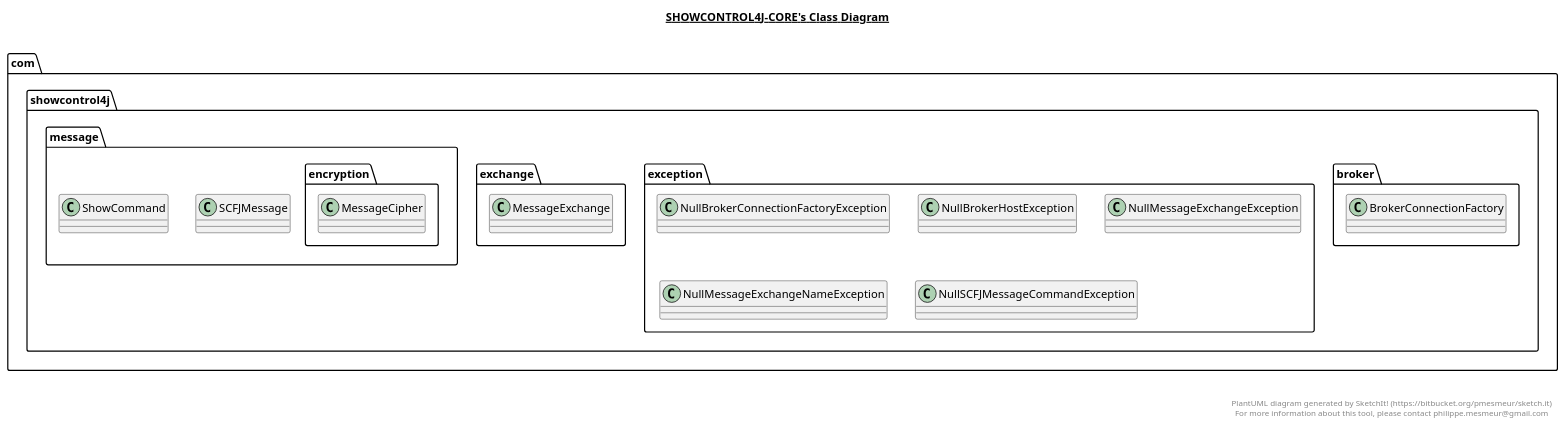
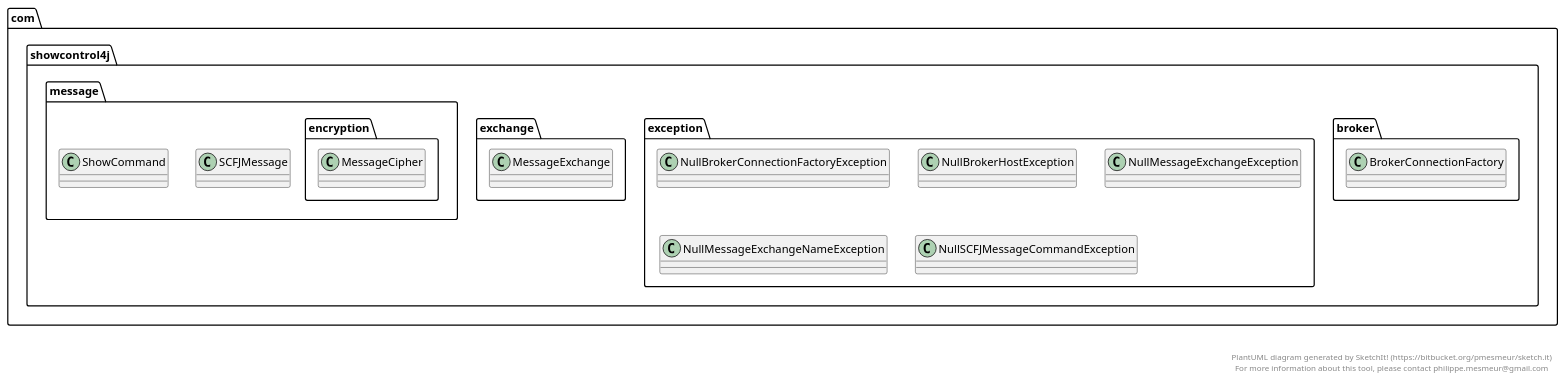
One commit to JamesHare/ShowControl4J changed the diagram in showcontrol4j-core/showcontrol4j-core.plantuml. Above: the diagram before and after it, drawn with PlantUML. The commit also changed 5 other files, not shown here.

```diff
--- a/showcontrol4j-core/showcontrol4j-core.plantuml
+++ b/showcontrol4j-core/showcontrol4j-core.plantuml
@@ -1,76 +1,74 @@
 @startuml
-
-title __SHOWCONTROL4J-CORE's Class Diagram__\n
 
   namespace com.showcontrol4j.broker {
     class com.showcontrol4j.broker.BrokerConnectionFactory {
     }
   }
   
 
   namespace com.showcontrol4j.exception {
     class com.showcontrol4j.exception.NullBrokerConnectionFactoryException {
     }
   }
   
 
   namespace com.showcontrol4j.exception {
     class com.showcontrol4j.exception.NullBrokerHostException {
     }
   }
   
 
   namespace com.showcontrol4j.exception {
     class com.showcontrol4j.exception.NullMessageExchangeException {
     }
   }
   
 
   namespace com.showcontrol4j.exception {
     class com.showcontrol4j.exception.NullMessageExchangeNameException {
     }
   }
   
 
   namespace com.showcontrol4j.exception {
     class com.showcontrol4j.exception.NullSCFJMessageCommandException {
     }
   }
   
 
   namespace com.showcontrol4j.exchange {
     class com.showcontrol4j.exchange.MessageExchange {
     }
   }
   
 
   namespace com.showcontrol4j.message {
     class com.showcontrol4j.message.SCFJMessage {
     }
   }
   
 
   namespace com.showcontrol4j.message {
     class com.showcontrol4j.message.ShowCommand {
     }
   }
   
 
   namespace com.showcontrol4j.message {
     namespace encryption {
       class com.showcontrol4j.message.encryption.MessageCipher {
       }
     }
   }
   
 
 
 
 right footer
 
 
 PlantUML diagram generated by SketchIt! (https://bitbucket.org/pmesmeur/sketch.it)
 For more information about this tool, please contact philippe.mesmeur@gmail.com
 endfooter
 
 @enduml
```
